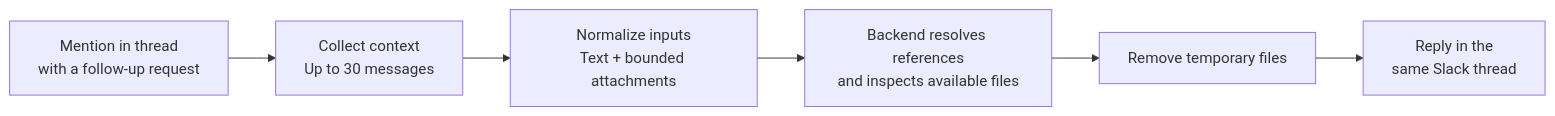
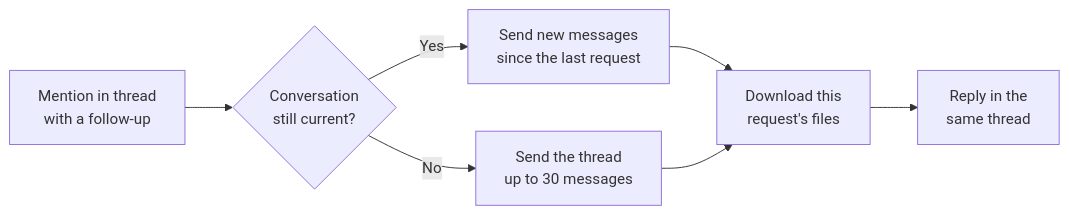
One commit to klovr-co/hover-tag changed the sixth of 16 diagrams in docs/user-flows.md. Above: the diagram before and after it, drawn with Mermaid. The commit also changed other lines of this file and 48 other files, not shown here.

````diff
--- a/docs/user-flows.md
+++ b/docs/user-flows.md
@@ -288,11 +247,14 @@
 ```mermaid
 flowchart LR
-    Mention["Mention in thread<br/>with a follow-up request"]
-    Collect["Collect context<br/>Up to 30 messages"]
-    Normalize["Normalize inputs<br/>Text + bounded attachments"]
-    Inspect["Backend resolves references<br/>and inspects available files"]
-    Cleanup["Remove temporary files"]
-    Reply["Reply in the<br/>same Slack thread"]
+    Mention["Mention in thread<br/>with a follow-up"]
+    Resume{"Conversation<br/>still current?"}
+    New["Send new messages<br/>since the last request"]
+    Fresh["Send the thread<br/>up to 30 messages"]
+    Files["Download this<br/>request's files"]
+    Reply["Reply in the<br/>same thread"]
 
-    Mention --> Collect --> Normalize --> Inspect --> Cleanup --> Reply
+    Mention --> Resume
+    Resume -->|Yes| New --> Files
+    Resume -->|No| Fresh --> Files
+    Files --> Reply
 ```
````
